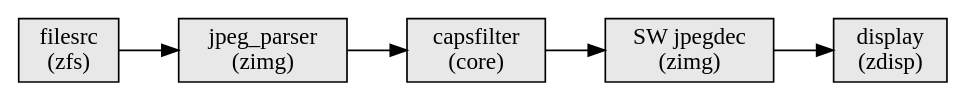
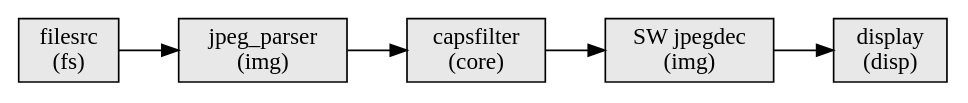
Before and after one commit to nxp-upstream/zephyr: the second of 2 diagrams in samples/subsys/mp/jpeg_dec/README.rst, drawn with Graphviz. The commit also changed other lines of this file and 256 other files, not shown here.

```diff
--- a/samples/subsys/mp/jpeg_dec/README.rst
+++ b/samples/subsys/mp/jpeg_dec/README.rst
@@ -45,12 +45,12 @@
 .. graphviz::
 
    digraph pipeline_b {
      rankdir=LR;
      node [shape=box, style=filled, fillcolor="#e8e8e8"];
-     filesrc      [label="filesrc\n(zfs)"];
-     jpeg_parser  [label="jpeg_parser\n(zimg)"];
+     filesrc      [label="filesrc\n(fs)"];
+     jpeg_parser  [label="jpeg_parser\n(img)"];
      capsfilter   [label="capsfilter\n(core)"];
-     sw_jpegdec   [label="SW jpegdec\n(zimg)"];
-     display      [label="display\n(zdisp)"];
+     sw_jpegdec   [label="SW jpegdec\n(img)"];
+     display      [label="display\n(disp)"];
      filesrc -> jpeg_parser -> capsfilter -> sw_jpegdec -> display;
    }
```
